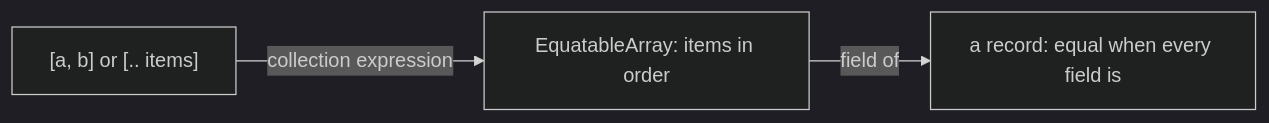
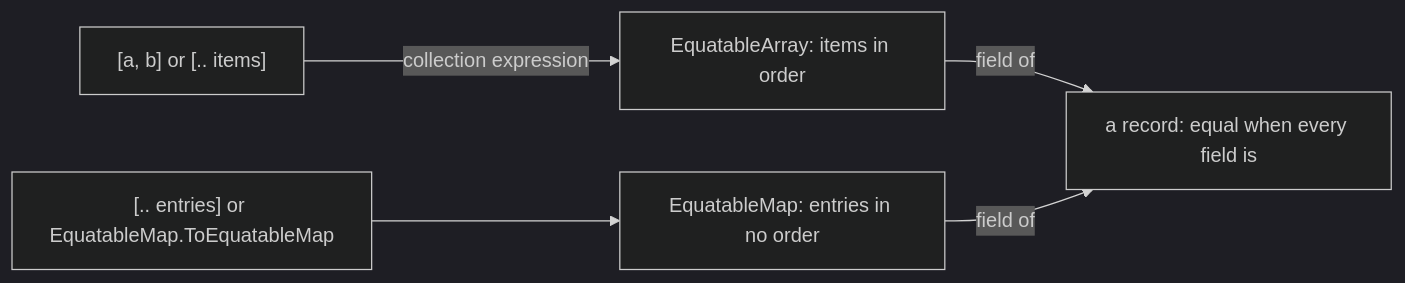
Before and after one commit to haruspex-tools/haruspex: the diagram in src/Haruspex.Collections/README.md, drawn with Mermaid (dark theme). The commit also changed other lines of this file and 4 other files, not shown here.

First line of the commit message:
EquatableMap: a map that compares by its entries, in any order

````diff
--- a/src/Haruspex.Collections/README.md
+++ b/src/Haruspex.Collections/README.md
@@ -16,5 +16,7 @@
 ```mermaid
 flowchart LR
     items["[a, b] or [.. items]"] -->|collection expression| array["EquatableArray: items in order"]
+    entries["[.. entries] or EquatableMap.ToEquatableMap"] --> map["EquatableMap: entries in no order"]
     array -->|field of| record["a record: equal when every field is"]
+    map -->|field of| record
 ```
````
